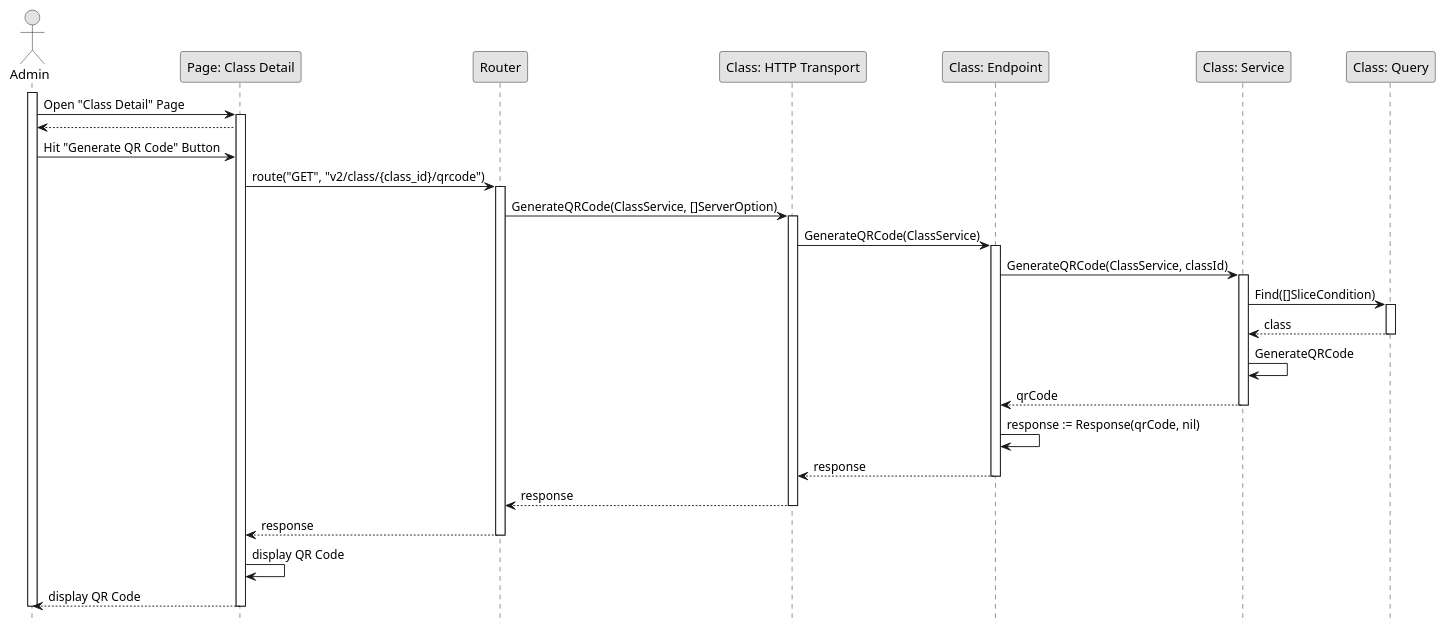
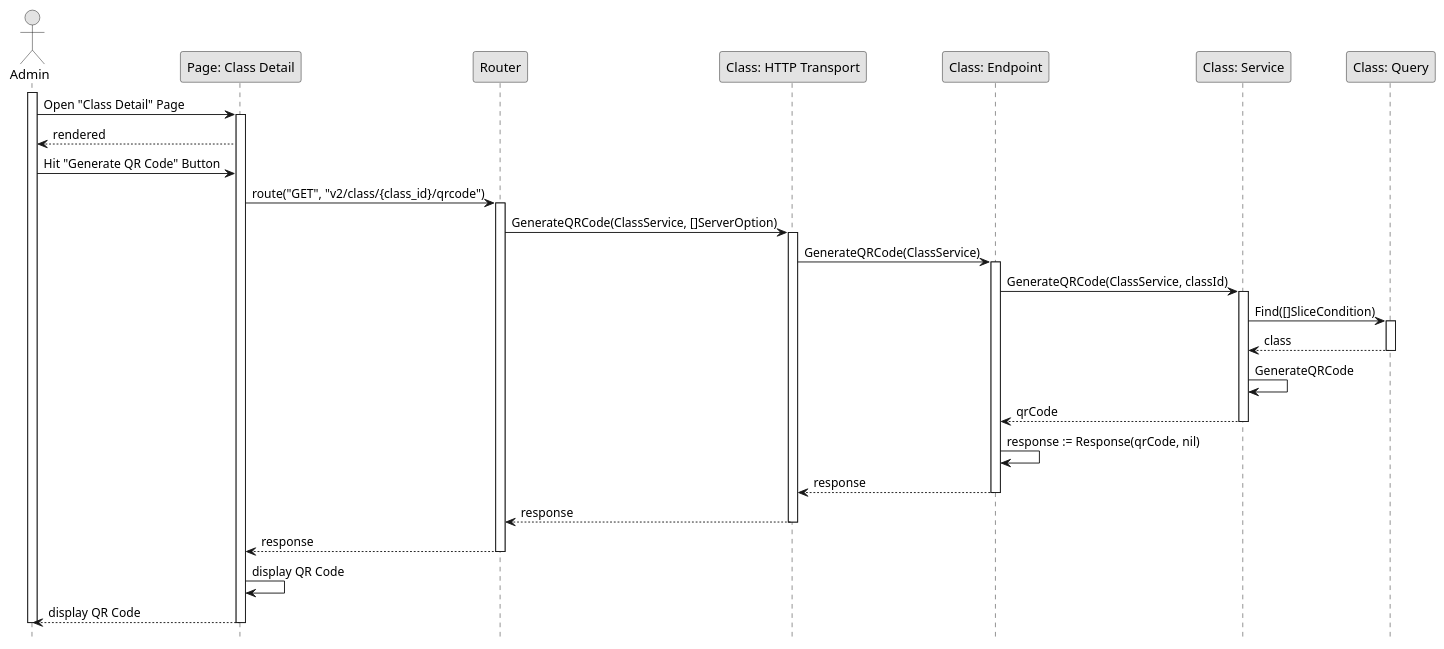
One commit to fwidjaya20/fazzlearning-uml changed the diagram in Sequence/Release05/GenerateQRCode.wsd. Above: the diagram before and after it, drawn with PlantUML. The commit also changed 1 other file, not shown here.

Commit message:
fix(sequence): adding return wording

```diff
--- a/Sequence/Release05/GenerateQRCode.wsd
+++ b/Sequence/Release05/GenerateQRCode.wsd
@@ -1,49 +1,49 @@
 @startuml GenerateQRCode
 
 skinparam Monochrome true
 skinparam Shadowing false
 hide footbox
 
 actor Admin
 participant "Page: Class Detail" as ClassDetailPage
 participant "Router" as Router
 participant "Class: HTTP Transport" as ClassHTTPTransport
 participant "Class: Endpoint" as ClassEndpoint
 participant "Class: Service" as ClassService
 participant "Class: Query" as ClassQuery
 
 activate Admin
 
 Admin->ClassDetailPage: Open "Class Detail" Page
 activate ClassDetailPage
-ClassDetailPage-->Admin
+ClassDetailPage-->Admin: rendered
 Admin->ClassDetailPage: Hit "Generate QR Code" Button
 ClassDetailPage->Router: route("GET", "v2/class/{class_id}/qrcode")
 activate Router
 Router->ClassHTTPTransport: GenerateQRCode(ClassService, []ServerOption)
 activate ClassHTTPTransport
 ClassHTTPTransport->ClassEndpoint: GenerateQRCode(ClassService)
 activate ClassEndpoint
 ClassEndpoint->ClassService: GenerateQRCode(ClassService, classId)
 activate ClassService
 ClassService->ClassQuery: Find([]SliceCondition)
 activate ClassQuery
 ClassQuery-->ClassService: class
 deactivate ClassQuery
 ClassService->ClassService: GenerateQRCode
 ClassService-->ClassEndpoint: qrCode
 deactivate ClassService
 ClassEndpoint->ClassEndpoint: response := Response(qrCode, nil)
 ClassEndpoint-->ClassHTTPTransport: response
 deactivate ClassEndpoint
 ClassHTTPTransport-->Router: response
 deactivate ClassHTTPTransport
 Router-->ClassDetailPage: response
 deactivate Router
 ClassDetailPage->ClassDetailPage: display QR Code
 ClassDetailPage-->Admin: display QR Code
 deactivate ClassDetailPage
 
 deactivate Admin
 
 @enduml
```
